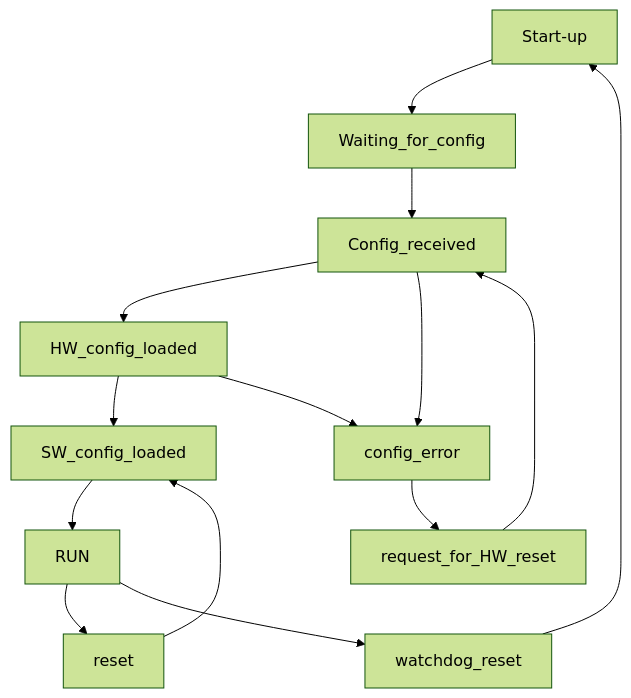
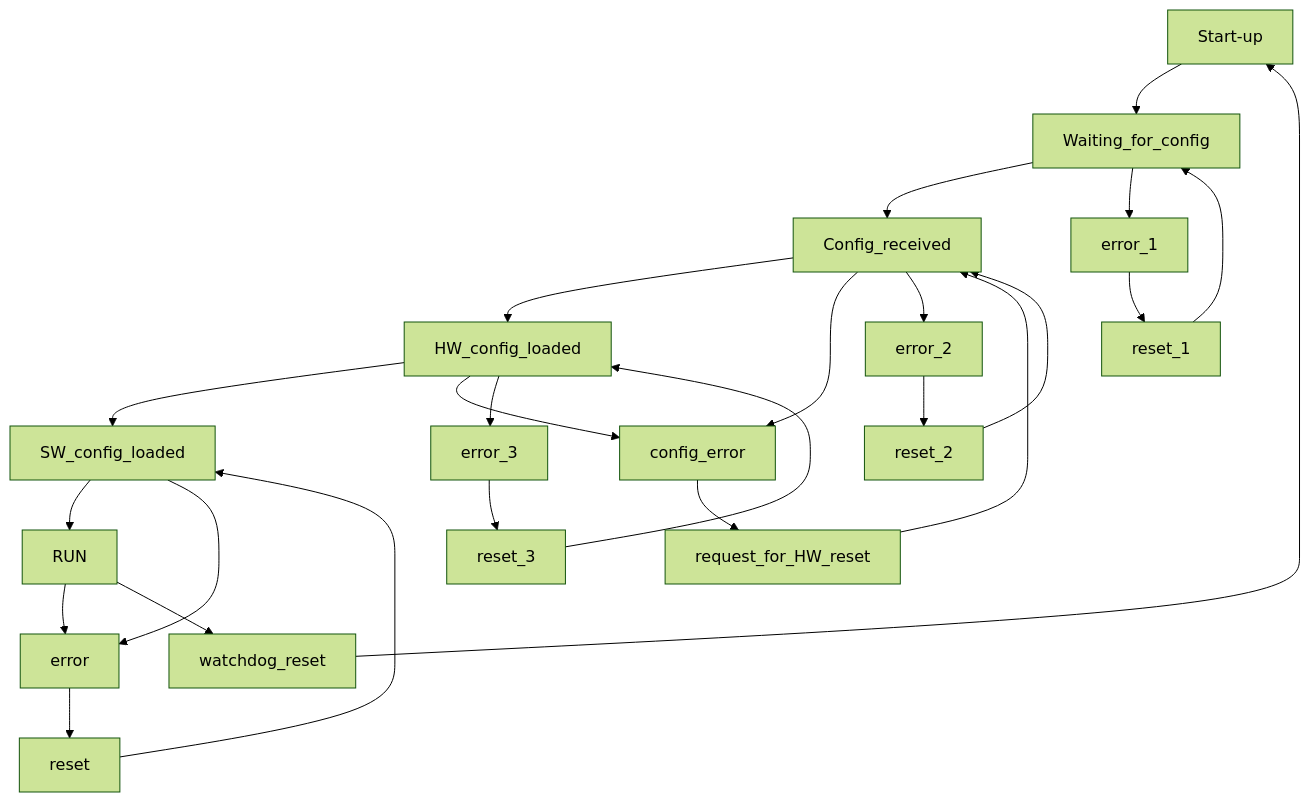
The diagram in config-startup-and-reset.md (Allenaz-srl/Exo-Firmware), drawn with Mermaid (forest theme) before and after one commit.

Commit message:
GITBOOK-24: No subject

````diff
--- a/config-startup-and-reset.md
+++ b/config-startup-and-reset.md
@@ -3,16 +3,27 @@
 ```mermaid
 graph TD
   Start-up--> Waiting_for_config
   Waiting_for_config --> Config_received
   Config_received --> HW_config_loaded
   HW_config_loaded --> SW_config_loaded
 SW_config_loaded -->RUN
-RUN --> reset
+SW_config_loaded -->error
+RUN --> error
+error--> reset
 reset --> SW_config_loaded
 RUN --> watchdog_reset
 watchdog_reset--> Start-up
 Config_received --> config_error
 HW_config_loaded --> config_error
 config_error --> request_for_HW_reset
 request_for_HW_reset --> Config_received
+Waiting_for_config --> error_1
+Config_received --> error_2
+HW_config_loaded --> error_3
+error_1 --> reset_1
+reset_1 --> Waiting_for_config
+error_2 --> reset_2
+reset_2 --> Config_received 
+error_3 --> reset_3
+reset_3 --> HW_config_loaded 
 ```
````
